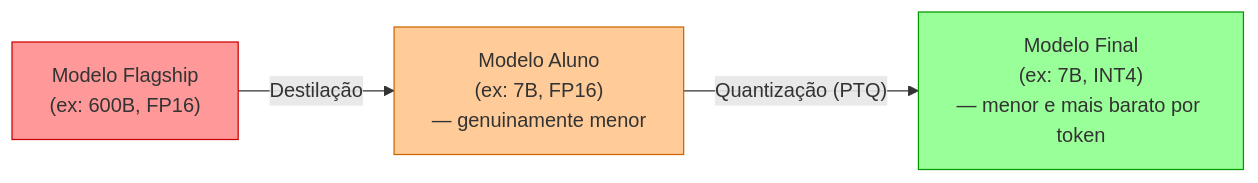
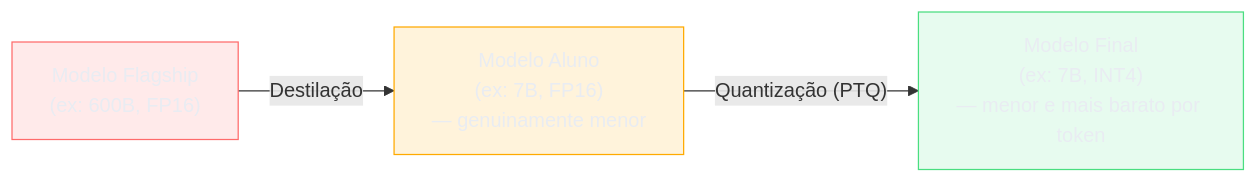
Before and after one commit to josenaldo/codex-technomanticus: the fourth of 4 diagrams in 03-Dominios/Tecnologia/IA/Anatomia dos LLMs/20 - Compressão de modelos — quantização e destilação.md, drawn with Mermaid. The commit also changed other lines of this file and 1181 other files, not shown here.

First line of the commit message:
fix(diagramas): paleta do sistema no lugar de cor cravada no markdown

````diff
--- a/03-Dominios/Tecnologia/IA/Anatomia dos LLMs/20 - Compressão de modelos — quantização e destilação.md
+++ b/03-Dominios/Tecnologia/IA/Anatomia dos LLMs/20 - Compressão de modelos — quantização e destilação.md
@@ -147,8 +151,11 @@
 ```mermaid
 graph LR
+    classDef falha fill:#FF6B6B24,stroke:#FF6B6B,color:#E9ECF2
+    classDef destaque fill:#FFAA0024,stroke:#FFAA00,color:#E9ECF2
+    classDef ok fill:#4ADE8021,stroke:#4ADE80,color:#E9ECF2
     A["Modelo Flagship\n(ex: 600B, FP16)"] -->|"Destilação"| B["Modelo Aluno\n(ex: 7B, FP16)\n— genuinamente menor"]
     B -->|"Quantização (PTQ)"| C["Modelo Final\n(ex: 7B, INT4)\n— menor e mais barato por token"]
-    style A fill:#ff9999,stroke:#cc0000
-    style B fill:#ffcc99,stroke:#cc6600
-    style C fill:#99ff99,stroke:#009900
+    class A falha
+    class B destaque
+    class C ok
 ```
````
